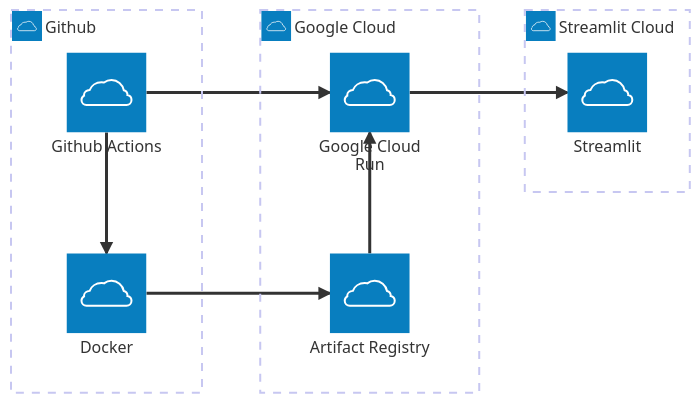
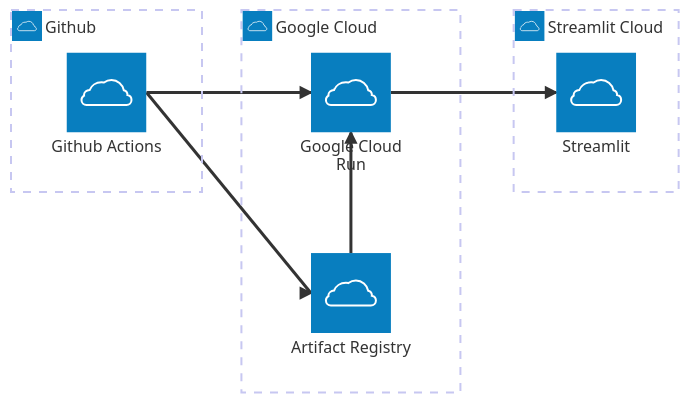
Before and after one commit to yeungadrian/PortfolioBuilder: the diagram in README.md, drawn with Mermaid. The commit also changed 2 other files, not shown here.

Commit message:
minor cleanup

````diff
--- a/README.md
+++ b/README.md
@@ -34,20 +34,19 @@
 ```mermaid
 architecture-beta
     group github(cloud)[Github]
     service github_action(cloud)[Github Actions] in github
-    service docker(cloud)[Docker] in github
+
 
     group google_cloud(cloud)[Google Cloud]
     service artifact_registry(cloud)[Artifact Registry] in google_cloud
     service cloud_run(cloud)[Google Cloud Run] in google_cloud
 
     group StreamlitCloud(cloud)[Streamlit Cloud]
     service Streamlit(cloud)[Streamlit] in StreamlitCloud
 
-    github_action:B --> T:docker
-    docker:R --> L:artifact_registry
+    github_action:R --> L:artifact_registry
     github_action:R --> L:cloud_run
     artifact_registry:T --> B:cloud_run
 
     cloud_run:R --> L:Streamlit
 ```
````
